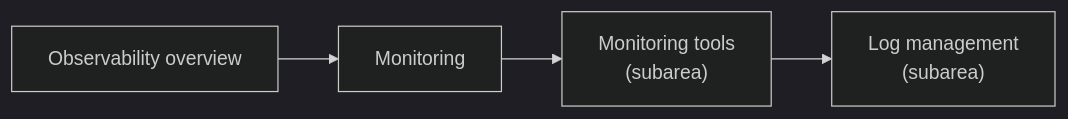
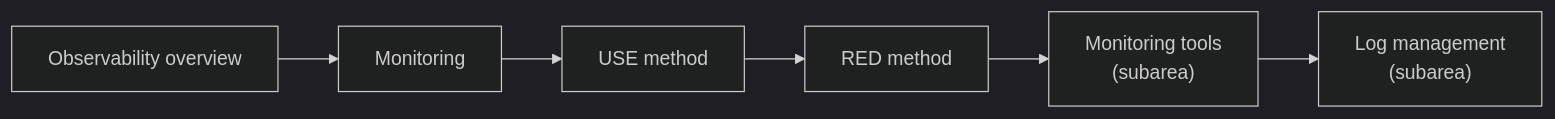
The diagram in observability/README.md (rinkachi9/devops-knowledge), drawn with Mermaid (dark theme) before and after one commit. The commit also changed other lines of this file and 63 other files, not shown here.

````diff
--- a/observability/README.md
+++ b/observability/README.md
@@ -9,10 +9,14 @@
 ```mermaid
 flowchart LR
   n0["Observability overview"]
   n1["Monitoring"]
   n0 --> n1
-  n2["Monitoring tools<br/>(subarea)"]
+  n2["USE method"]
   n1 --> n2
-  n3["Log management<br/>(subarea)"]
+  n3["RED method"]
   n2 --> n3
+  n4["Monitoring tools<br/>(subarea)"]
+  n3 --> n4
+  n5["Log management<br/>(subarea)"]
+  n4 --> n5
 ```
````
